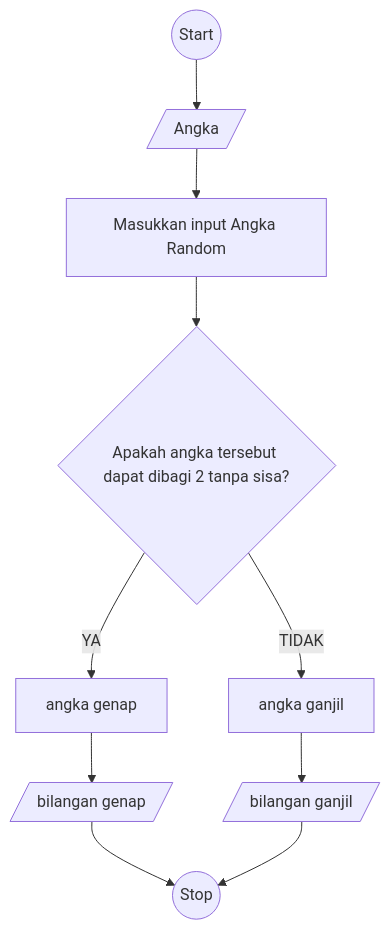
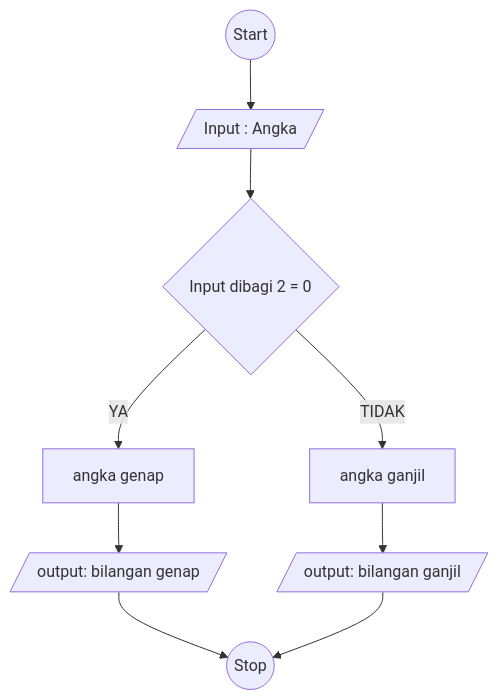
The diagram in flowchart-ganjil-genap.md (makarim22/koda-b6-algoritma), drawn with Mermaid before and after one commit.

````diff
--- a/flowchart-ganjil-genap.md
+++ b/flowchart-ganjil-genap.md
@@ -4,27 +4,25 @@
 ```mermaid
 flowchart TD
     A@{ shape: circle, label: "Start" } -->C
 
-    C@{ shape: lean-r, label: "Angka" } --> D
+    C@{ shape: lean-r, label: "Input : Angka" } --> E
 
-    D@{ shape: rect, label: "Masukkan input Angka Random" } --> E
-
-    E@{ shape: diamond, label: "Apakah angka tersebut dapat dibagi 2 tanpa sisa?" } 
+    E@{ shape: diamond, label: "Input dibagi 2 = 0" } 
 
     E -- YA --> G
 
     E -- TIDAK --> F
 
     G@{ shape: rect, label: "angka genap" } --> H
 
     F@{ shape: rect, label: "angka ganjil" } --> I
 
-    H@{ shape: lean-r, label: "bilangan genap"} --> B
+    H@{ shape: lean-r, label: "output: bilangan genap"} --> B
 
-    I@{ shape: lean-r, label: "bilangan ganjil"} --> B
+    I@{ shape: lean-r, label: "output: bilangan ganjil"} --> B
 
 
 
     B@{ shape: circle, label: "Stop" }
 
 ```
````
